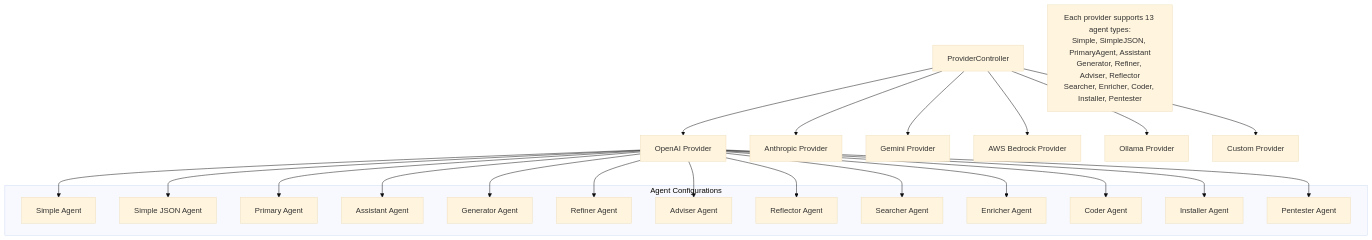
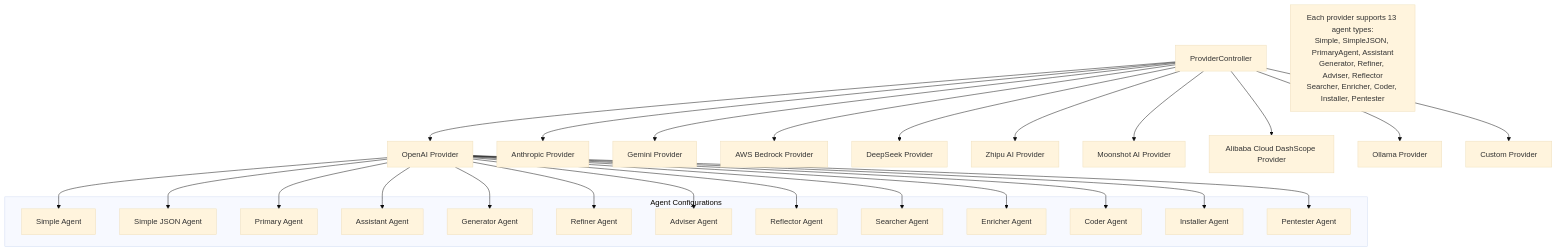
The fifth of 9 diagrams in backend/docs/flow_execution.md (pentagi-oss/pentagi), drawn with Mermaid (base theme) before and after one commit. The commit also changed 96 other files, not shown here.

````diff
--- a/backend/docs/flow_execution.md
+++ b/backend/docs/flow_execution.md
@@ -356,41 +356,45 @@
 ```mermaid
 graph TD
     PC[ProviderController] --> OpenAI[OpenAI Provider]
     PC --> Anthropic[Anthropic Provider]
     PC --> Gemini[Gemini Provider]
     PC --> Bedrock[AWS Bedrock Provider]
+    PC --> DeepSeek[DeepSeek Provider]
+    PC --> GLM[Zhipu AI Provider]
+    PC --> Kimi[Moonshot AI Provider]
+    PC --> Qwen[Alibaba Cloud DashScope Provider]
     PC --> Ollama[Ollama Provider]
     PC --> Custom[Custom Provider]
     
     subgraph "Agent Configurations"
         Simple[Simple Agent]
         JSON[Simple JSON Agent]
         Primary[Primary Agent]
         Assistant[Assistant Agent]
         Generator[Generator Agent]
         Refiner[Refiner Agent]
         Adviser[Adviser Agent]
         Reflector[Reflector Agent]
         Searcher[Searcher Agent]
         Enricher[Enricher Agent]
         Coder[Coder Agent]
         Installer[Installer Agent]
         Pentester[Pentester Agent]
     end
     
     OpenAI --> Simple
     OpenAI --> JSON
     OpenAI --> Primary
     OpenAI --> Assistant
     OpenAI --> Generator
     OpenAI --> Refiner
     OpenAI --> Adviser
     OpenAI --> Reflector
     OpenAI --> Searcher
     OpenAI --> Enricher
     OpenAI --> Coder
     OpenAI --> Installer
     OpenAI --> Pentester
     
     Note1[Each provider supports 13 agent types:<br/>Simple, SimpleJSON, PrimaryAgent, Assistant<br/>Generator, Refiner, Adviser, Reflector<br/>Searcher, Enricher, Coder, Installer, Pentester]
 ```
````
